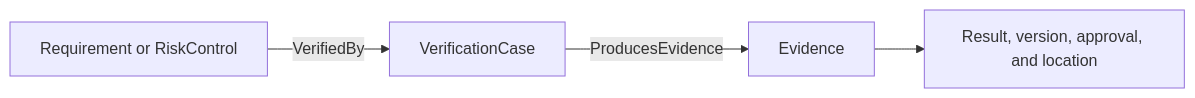
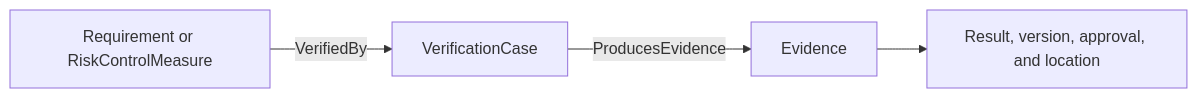
One commit to memoarchitect/memo changed the diagram in docs/modeling/views-evidence.md. Above: the diagram before and after it, drawn with Mermaid. The commit also changed 40 other files, not shown here.

````diff
--- a/docs/modeling/views-evidence.md
+++ b/docs/modeling/views-evidence.md
@@ -27,6 +27,6 @@
 ```mermaid
 flowchart LR
-    Claim[Requirement or RiskControl] -->|VerifiedBy| Case[VerificationCase]
+    Claim[Requirement or RiskControlMeasure] -->|VerifiedBy| Case[VerificationCase]
     Case -->|ProducesEvidence| Evidence[Evidence]
     Evidence --> Result[Result, version, approval, and location]
 ```
````
